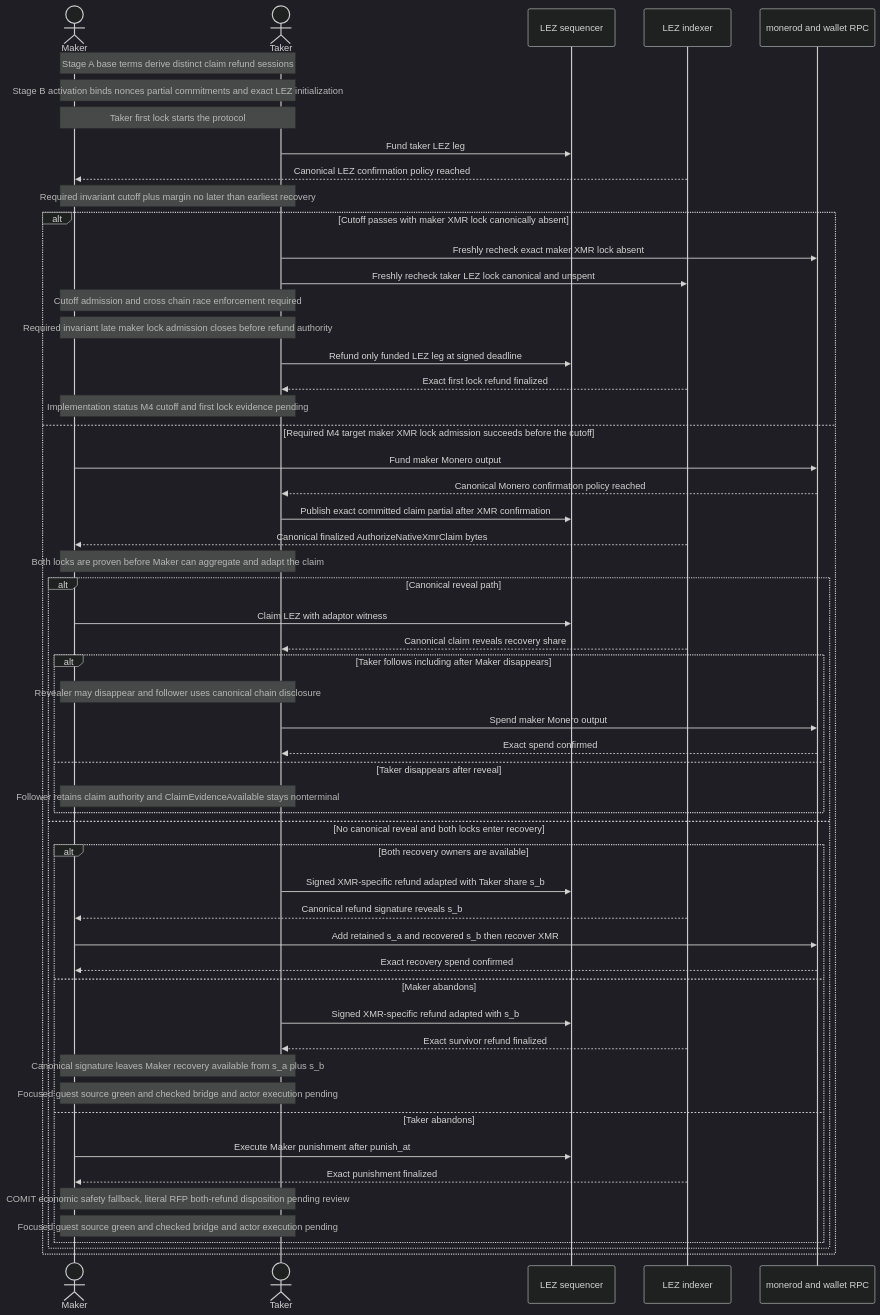
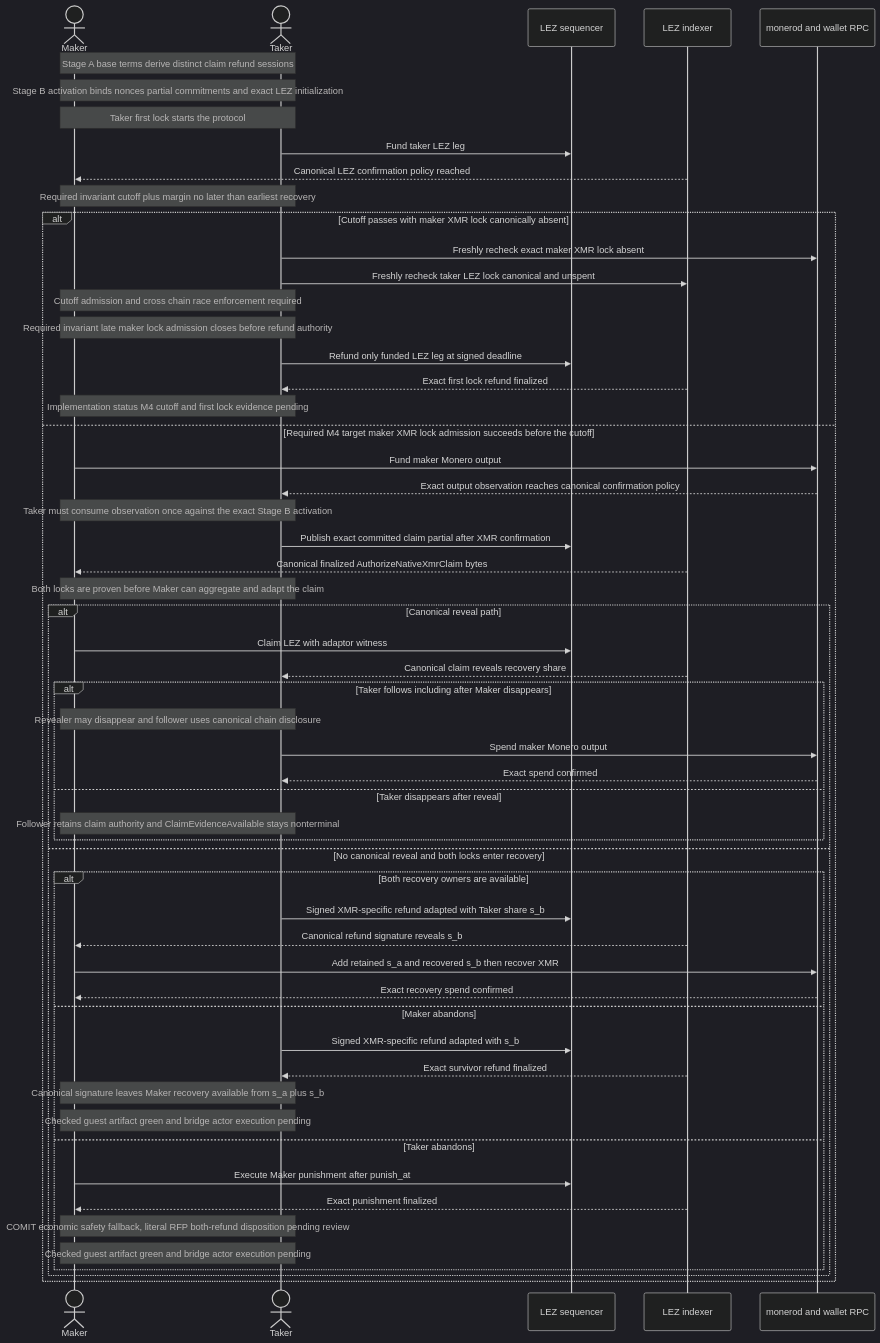
Before and after one commit to gateway-fm/lez-atomic-swaps: diagram 21 of 26 in docs/architecture/system-architecture.md, drawn with Mermaid (dark theme). The commit also changed other lines of this file and 19 other files, not shown here.

Commit message:
feat(m4): verify bridge and chain observation

````diff
--- a/docs/architecture/system-architecture.md
+++ b/docs/architecture/system-architecture.md
@@ -2136,58 +2141,59 @@
 ```mermaid
 sequenceDiagram
     actor Maker
     actor Taker
     participant LezSeq as LEZ sequencer
     participant LezIdx as LEZ indexer
     participant Monero as monerod and wallet RPC
 
     Note over Maker,Taker: Stage A base terms derive distinct claim refund sessions
     Note over Maker,Taker: Stage B activation binds nonces partial commitments and exact LEZ initialization
     Note over Maker,Taker: Taker first lock starts the protocol
     Taker->>LezSeq: Fund taker LEZ leg
     LezIdx-->>Maker: Canonical LEZ confirmation policy reached
     Note over Maker,Taker: Required invariant cutoff plus margin no later than earliest recovery
     alt Cutoff passes with maker XMR lock canonically absent
         Taker->>Monero: Freshly recheck exact maker XMR lock absent
         Taker->>LezIdx: Freshly recheck taker LEZ lock canonical and unspent
         Note over Maker,Taker: Cutoff admission and cross chain race enforcement required
         Note over Maker,Taker: Required invariant late maker lock admission closes before refund authority
         Taker->>LezSeq: Refund only funded LEZ leg at signed deadline
         LezIdx-->>Taker: Exact first lock refund finalized
         Note over Maker,Taker: Implementation status M4 cutoff and first lock evidence pending
     else Required M4 target maker XMR lock admission succeeds before the cutoff
         Maker->>Monero: Fund maker Monero output
-        Monero-->>Taker: Canonical Monero confirmation policy reached
+        Monero-->>Taker: Exact output observation reaches canonical confirmation policy
+        Note over Maker,Taker: Taker must consume observation once against the exact Stage B activation
         Taker->>LezSeq: Publish exact committed claim partial after XMR confirmation
         LezIdx-->>Maker: Canonical finalized AuthorizeNativeXmrClaim bytes
         Note over Maker,Taker: Both locks are proven before Maker can aggregate and adapt the claim
         alt Canonical reveal path
             Maker->>LezSeq: Claim LEZ with adaptor witness
             LezIdx-->>Taker: Canonical claim reveals recovery share
             alt Taker follows including after Maker disappears
                 Note over Maker,Taker: Revealer may disappear and follower uses canonical chain disclosure
                 Taker->>Monero: Spend maker Monero output
                 Monero-->>Taker: Exact spend confirmed
             else Taker disappears after reveal
                 Note over Maker,Taker: Follower retains claim authority and ClaimEvidenceAvailable stays nonterminal
             end
         else No canonical reveal and both locks enter recovery
             alt Both recovery owners are available
                 Taker->>LezSeq: Signed XMR-specific refund adapted with Taker share s_b
                 LezIdx-->>Maker: Canonical refund signature reveals s_b
                 Maker->>Monero: Add retained s_a and recovered s_b then recover XMR
                 Monero-->>Maker: Exact recovery spend confirmed
             else Maker abandons
                 Taker->>LezSeq: Signed XMR-specific refund adapted with s_b
                 LezIdx-->>Taker: Exact survivor refund finalized
                 Note over Maker,Taker: Canonical signature leaves Maker recovery available from s_a plus s_b
-                Note over Maker,Taker: Focused guest source green and checked bridge and actor execution pending
+                Note over Maker,Taker: Checked guest artifact green and bridge actor execution pending
             else Taker abandons
                 Maker->>LezSeq: Execute Maker punishment after punish_at
                 LezIdx-->>Maker: Exact punishment finalized
                 Note over Maker,Taker: COMIT economic safety fallback, literal RFP both-refund disposition pending review
-                Note over Maker,Taker: Focused guest source green and checked bridge and actor execution pending
+                Note over Maker,Taker: Checked guest artifact green and bridge actor execution pending
             end
         end
     end
 ```
````
